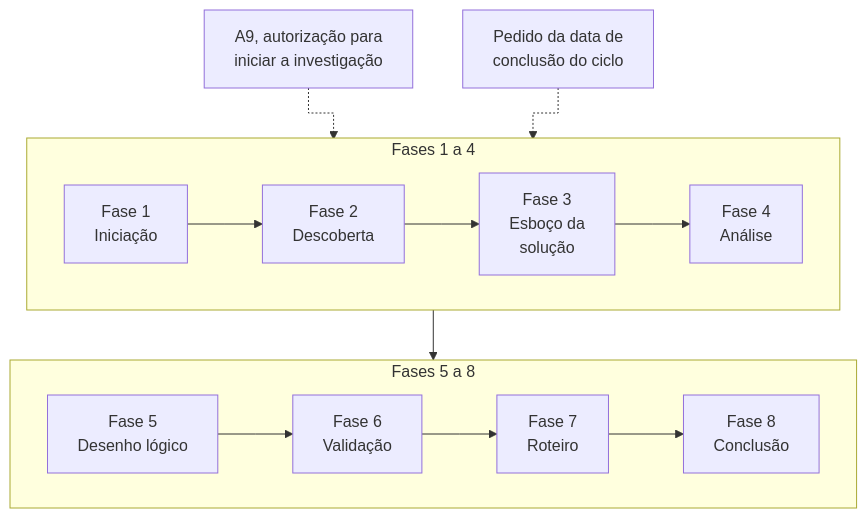
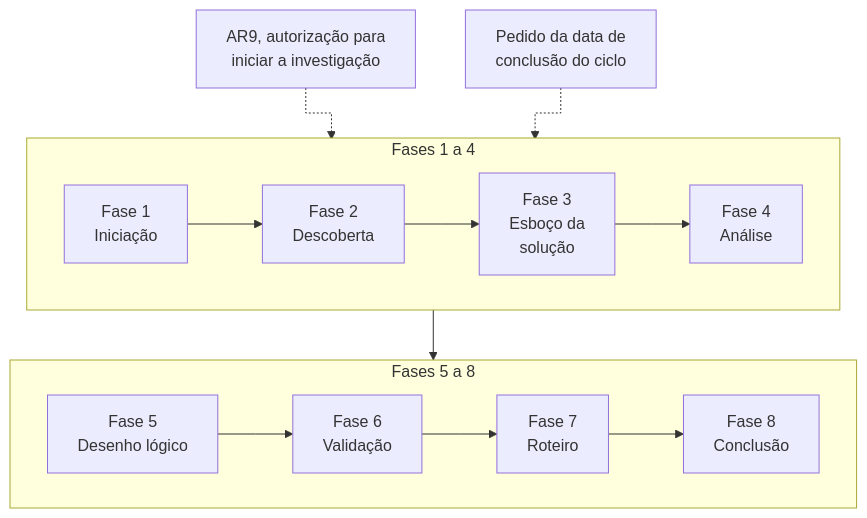
Before and after one commit to aulas-marco/projeto-arquitetura-software: the second of 2 diagrams in docs/modulo-1-fundamentos/bloco-4-processo-de-definicao-da-arquitetura.md, drawn with Mermaid. The commit also changed other lines of this file and 37 other files, not shown here.

````diff
--- a/docs/modulo-1-fundamentos/bloco-4-processo-de-definicao-da-arquitetura.md
+++ b/docs/modulo-1-fundamentos/bloco-4-processo-de-definicao-da-arquitetura.md
@@ -151,15 +151,15 @@
 ```mermaid
 %%{init: {"flowchart": {"curve": "stepAfter"}}}%%
 flowchart TB
-    A9["A9, autorização para<br/>iniciar a investigação"] -.-> L1
+    AR9["AR9, autorização para<br/>iniciar a investigação"] -.-> L1
     PED["Pedido da data de<br/>conclusão do ciclo"] -.-> L1
     subgraph L1["Fases 1 a 4"]
         direction LR
         F1["Fase 1<br/>Iniciação"] --> F2["Fase 2<br/>Descoberta"] --> F3["Fase 3<br/>Esboço da<br/>solução"] --> F4["Fase 4<br/>Análise"]
     end
     subgraph L2["Fases 5 a 8"]
         direction LR
         F5["Fase 5<br/>Desenho lógico"] --> F6["Fase 6<br/>Validação"] --> F7["Fase 7<br/>Roteiro"] --> F8["Fase 8<br/>Conclusão"]
     end
     L1 --> L2
 ```
````
